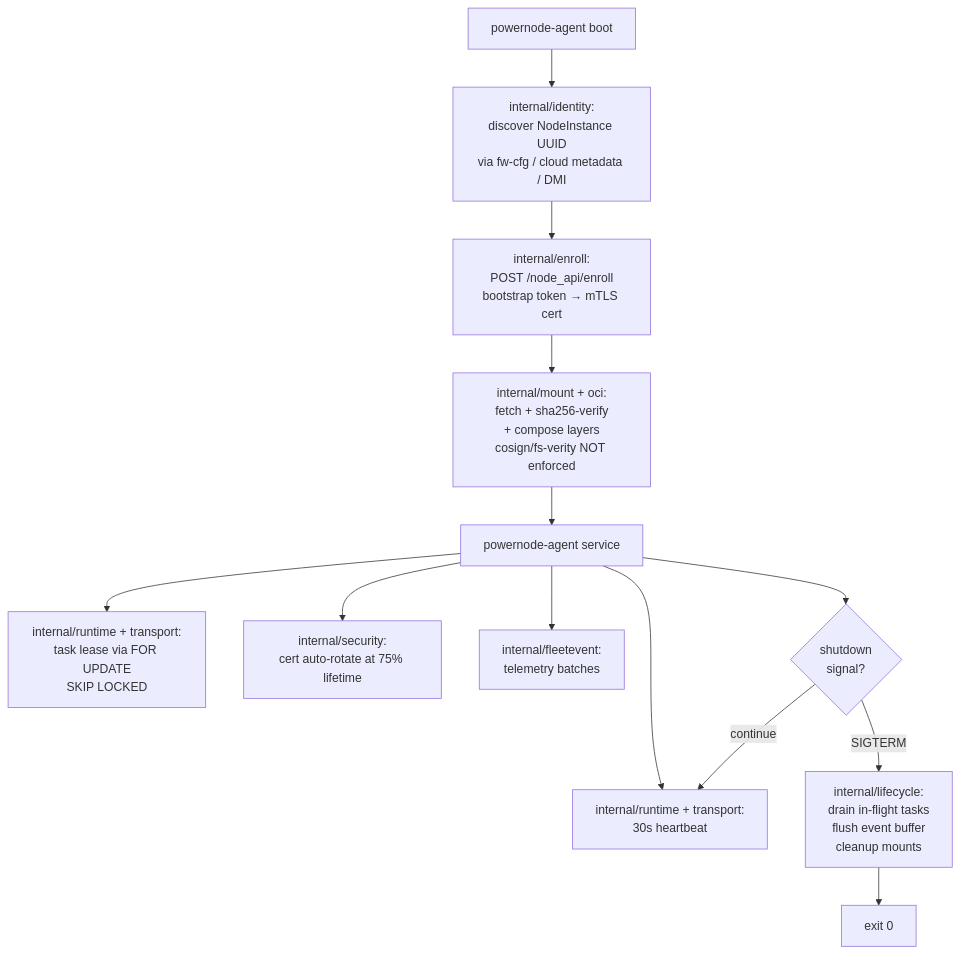
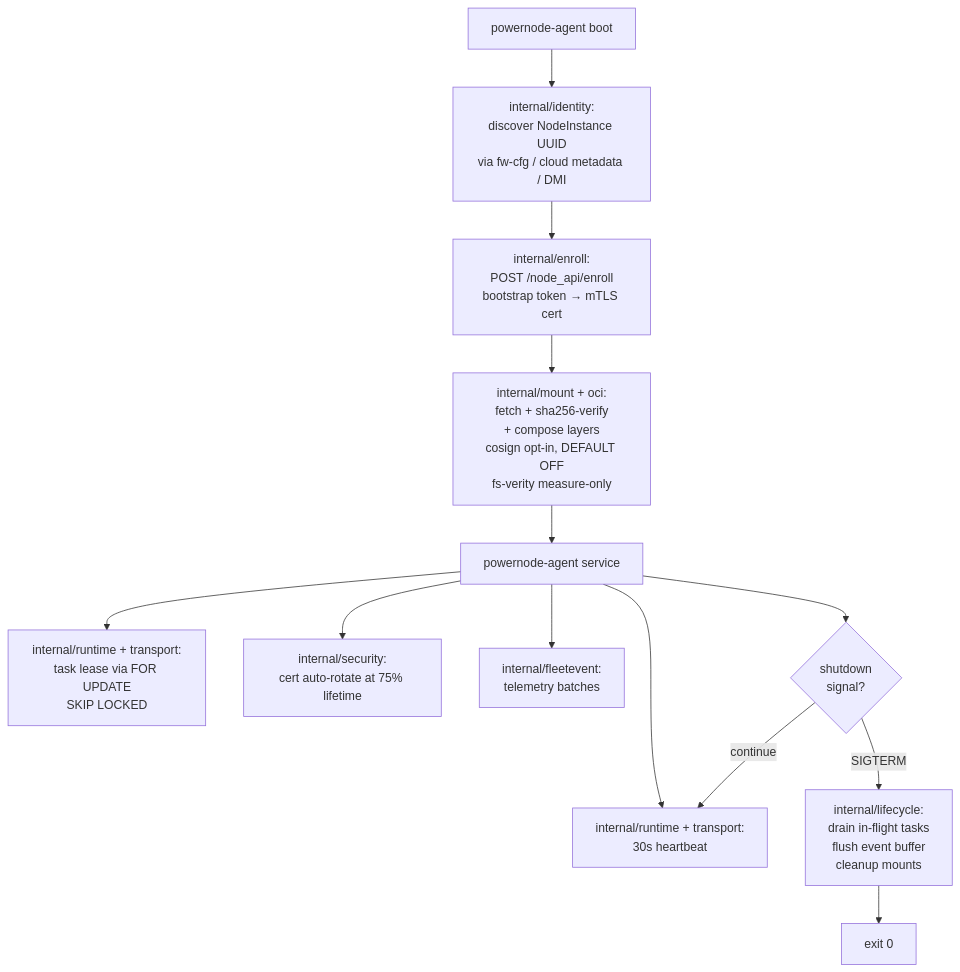
The first of 5 diagrams in docs/agent-internals.md (nodealchemy/powernode-system), drawn with Mermaid before and after one commit. The commit also changed other lines of this file and 4 other files, not shown here.

First line of the commit message:
docs(system): IMP-4eabe61c3d90 fs-verity is measure-only under opt-in, and why the default stays off

````diff
--- a/docs/agent-internals.md
+++ b/docs/agent-internals.md
@@ -21,15 +21,15 @@
 ```mermaid
 flowchart TD
     Boot[powernode-agent boot] --> ID[internal/identity:<br/>discover NodeInstance UUID<br/>via fw-cfg / cloud metadata / DMI]
     ID --> Enroll[internal/enroll:<br/>POST /node_api/enroll<br/>bootstrap token → mTLS cert]
-    Enroll --> Mount[internal/mount + oci:<br/>fetch + sha256-verify<br/>+ compose layers<br/>cosign/fs-verity NOT enforced]
+    Enroll --> Mount[internal/mount + oci:<br/>fetch + sha256-verify<br/>+ compose layers<br/>cosign opt-in, DEFAULT OFF<br/>fs-verity measure-only]
     Mount --> Svc[powernode-agent service]
     Svc --> Heart[internal/runtime + transport:<br/>30s heartbeat]
     Svc --> Task[internal/runtime + transport:<br/>task lease via FOR UPDATE<br/>SKIP LOCKED]
     Svc --> Rotate[internal/security:<br/>cert auto-rotate at 75% lifetime]
     Svc --> Event[internal/fleetevent:<br/>telemetry batches]
     Svc --> Term{shutdown<br/>signal?}
     Term -->|SIGTERM| Drain[internal/lifecycle:<br/>drain in-flight tasks<br/>flush event buffer<br/>cleanup mounts]
     Drain --> Exit[exit 0]
     Term -->|continue| Heart
 ```
````
